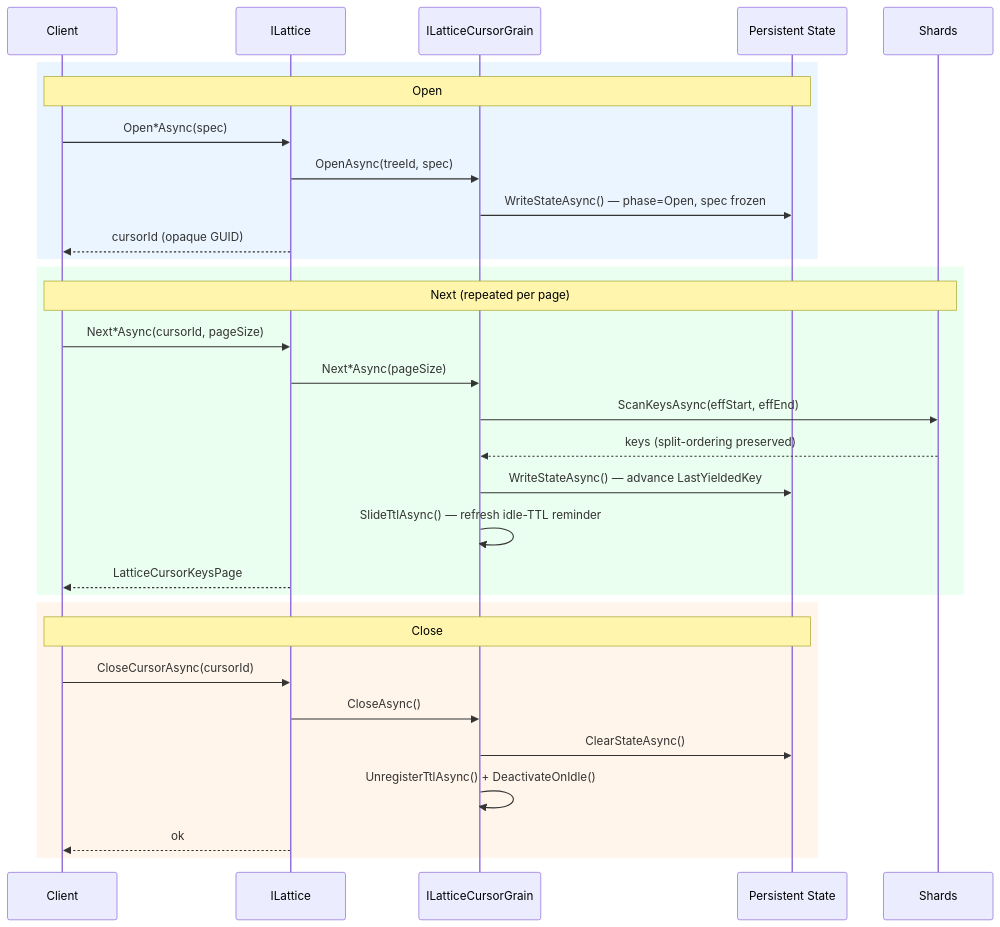
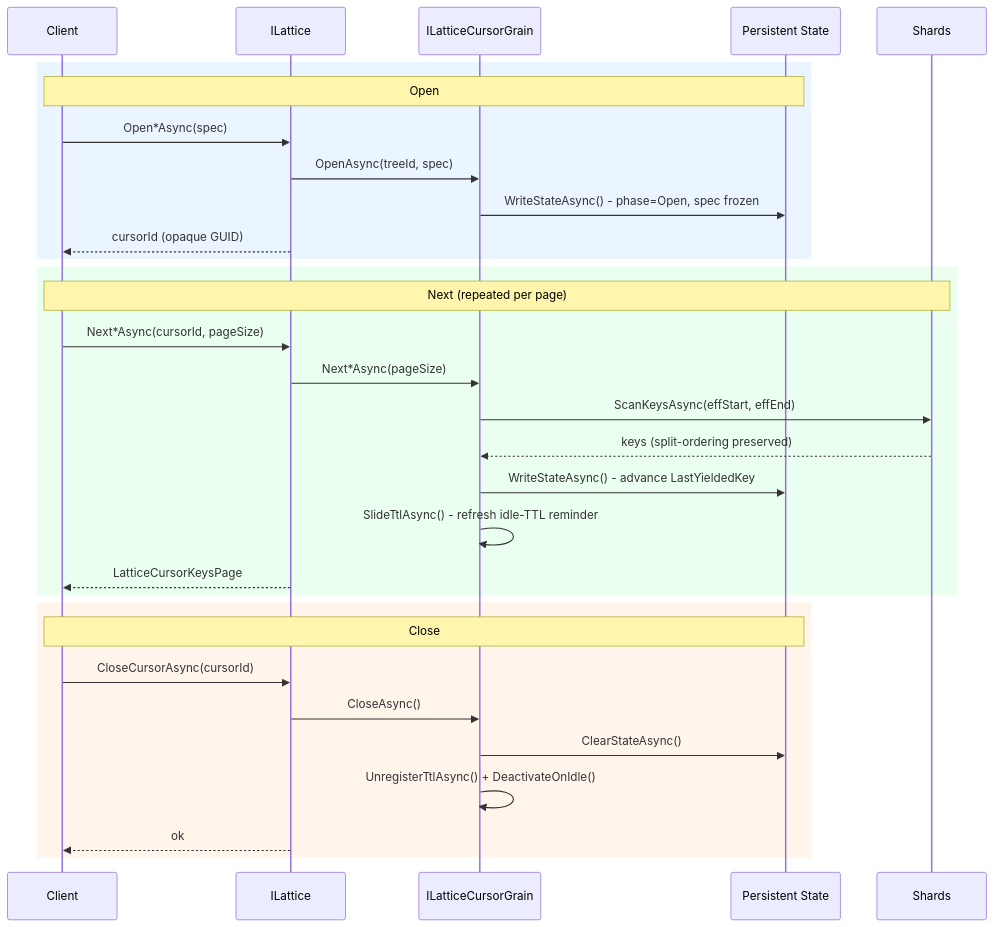
One commit to NSTA1/Orleans.Lattice changed the first of 4 diagrams in docs/lattice/durable-cursors.md. Above: the diagram before and after it, drawn with Mermaid. The commit also changed other lines of this file and 518 other files, not shown here.

````diff
--- a/docs/lattice/durable-cursors.md
+++ b/docs/lattice/durable-cursors.md
@@ -38,36 +38,36 @@
 ```mermaid
 sequenceDiagram
     participant C as Client
     participant L as ILattice
     participant G as ILatticeCursorGrain
     participant P as Persistent State
     participant S as Shards
 
     rect rgb(235,245,255)
         Note over C,P: Open
         C->>L: Open*Async(spec)
         L->>G: OpenAsync(treeId, spec)
-        G->>P: WriteStateAsync() — phase=Open, spec frozen
+        G->>P: WriteStateAsync() - phase=Open, spec frozen
         L-->>C: cursorId (opaque GUID)
     end
 
     rect rgb(235,255,240)
         Note over C,S: Next (repeated per page)
         C->>L: Next*Async(cursorId, pageSize)
         L->>G: Next*Async(pageSize)
         G->>S: ScanKeysAsync(effStart, effEnd)
         S-->>G: keys (split-ordering preserved)
-        G->>P: WriteStateAsync() — advance LastYieldedKey
-        G->>G: SlideTtlAsync() — refresh idle-TTL reminder
+        G->>P: WriteStateAsync() - advance LastYieldedKey
+        G->>G: SlideTtlAsync() - refresh idle-TTL reminder
         L-->>C: LatticeCursorKeysPage
     end
 
     rect rgb(255,245,235)
         Note over C,P: Close
         C->>L: CloseCursorAsync(cursorId)
         L->>G: CloseAsync()
         G->>P: ClearStateAsync()
         G->>G: UnregisterTtlAsync() + DeactivateOnIdle()
         L-->>C: ok
     end
 ```
````
